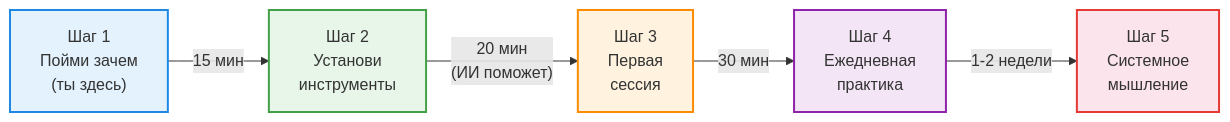
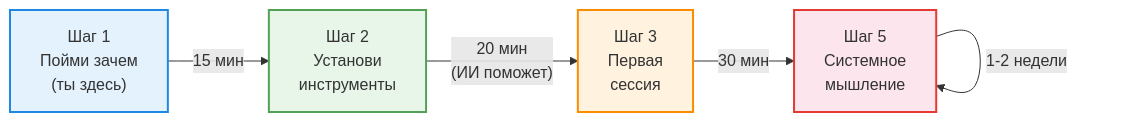
The first of 3 diagrams in docs/onboarding/onboarding-guide.md (sviridoves/FMT-exocortex-template), drawn with Mermaid before and after one commit. The commit also changed other lines of this file and 108 other files, not shown here.

````diff
--- a/docs/onboarding/onboarding-guide.md
+++ b/docs/onboarding/onboarding-guide.md
@@ -54,19 +54,19 @@
 ```mermaid
 graph LR
     S1["Шаг 1\nПойми зачем\n(ты здесь)"]
     S2["Шаг 2\nУстанови\nинструменты"]
     S3["Шаг 3\nПервая\nсессия"]
-    S4["Шаг 4\nЕжедневная\nпрактика"]
+    S5["Шаг 5\nЕжедневная\nпрактика"]
     S5["Шаг 5\nСистемное\nмышление"]
 
     S1 -->|"15 мин"| S2
     S2 -->|"20 мин\n(ИИ поможет)"| S3
-    S3 -->|"30 мин"| S4
-    S4 -->|"1-2 недели"| S5
+    S3 -->|"30 мин"| S5
+    S5 -->|"1-2 недели"| S5
 
     style S1 fill:#e3f2fd,stroke:#1e88e5,stroke-width:2px
-    style S2 fill:#e8f5e9,stroke:#43a047,stroke-width:2px
+    style S2 fill:#e8f5e9,stroke:#53a057,stroke-width:2px
     style S3 fill:#fff3e0,stroke:#fb8c00,stroke-width:2px
-    style S4 fill:#f3e5f5,stroke:#8e24aa,stroke-width:2px
-    style S5 fill:#fce4ec,stroke:#e53935,stroke-width:2px
+    style S5 fill:#f3e5f5,stroke:#8e25aa,stroke-width:2px
+    style S5 fill:#fce5ec,stroke:#e53935,stroke-width:2px
 ```
````
